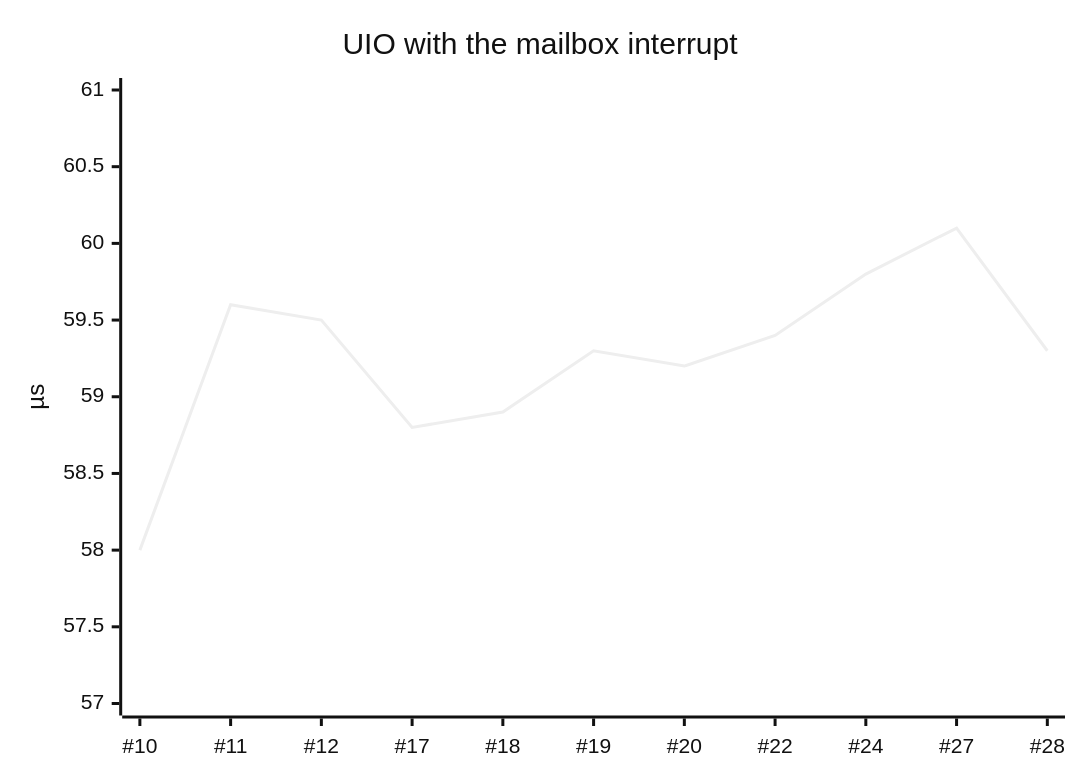
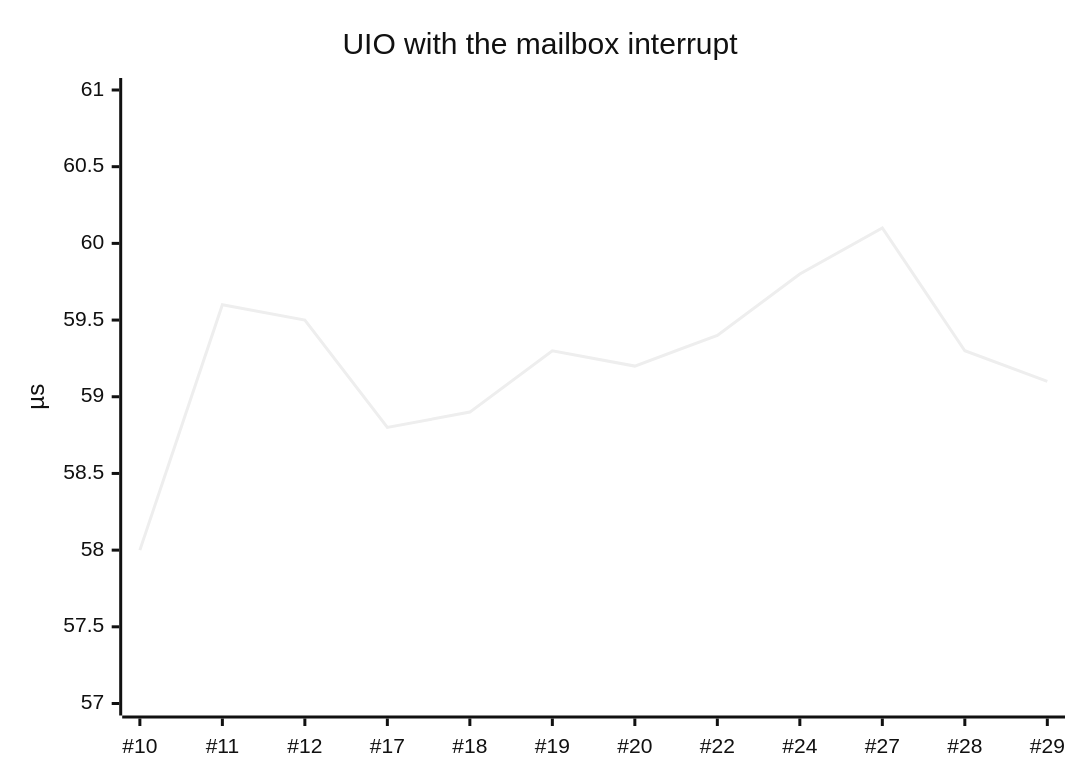
The fourth of 4 diagrams in wiki/Full-Sweep-Tests.md (tcmichals/cubie-a5e), drawn with Mermaid (neutral theme) before and after one commit. The commit also changed other lines of this file and 7 other files, not shown here.

````diff
--- a/wiki/Full-Sweep-Tests.md
+++ b/wiki/Full-Sweep-Tests.md
@@ -76,7 +76,7 @@
 ```mermaid
 xychart-beta
     title "UIO with the mailbox interrupt"
-    x-axis ["#10", "#11", "#12", "#17", "#18", "#19", "#20", "#22", "#24", "#27", "#28"]
+    x-axis ["#10", "#11", "#12", "#17", "#18", "#19", "#20", "#22", "#24", "#27", "#28", "#29"]
     y-axis "µs" 57 --> 61
-    line [58.0, 59.6, 59.5, 58.8, 58.9, 59.3, 59.2, 59.4, 59.8, 60.1, 59.3]
+    line [58.0, 59.6, 59.5, 58.8, 58.9, 59.3, 59.2, 59.4, 59.8, 60.1, 59.3, 59.1]
 ```
````
